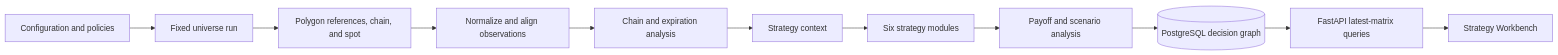
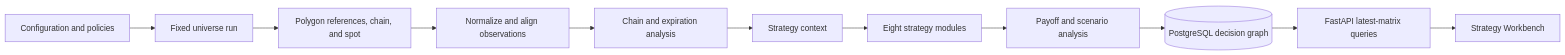
One commit to vchidura/StockScreener changed the diagram in docs/OPTION_PIPELINE_CURRENT_STATE.md. Above: the diagram before and after it, drawn with Mermaid. The commit also changed other lines of this file and 112 other files, not shown here.

````diff
--- a/docs/OPTION_PIPELINE_CURRENT_STATE.md
+++ b/docs/OPTION_PIPELINE_CURRENT_STATE.md
@@ -67,13 +68,13 @@
 ```mermaid
 flowchart LR
     C[Configuration and policies] --> U[Fixed universe run]
     U --> P[Polygon references, chain, and spot]
     P --> N[Normalize and align observations]
     N --> A[Chain and expiration analysis]
     A --> X[Strategy context]
-    X --> S[Six strategy modules]
+   X --> S[Eight strategy modules]
     S --> R[Payoff and scenario analysis]
     R --> D[(PostgreSQL decision graph)]
     D --> API[FastAPI latest-matrix queries]
     API --> UI[Strategy Workbench]
 ```
````
